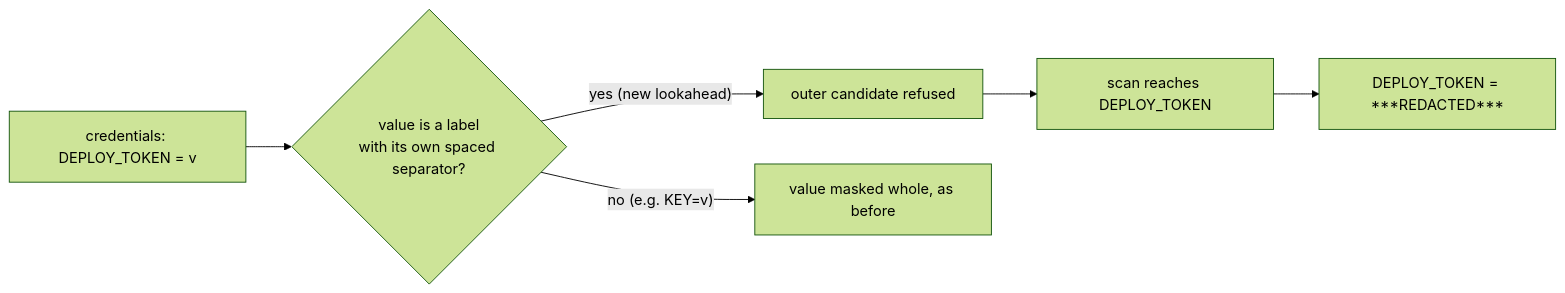
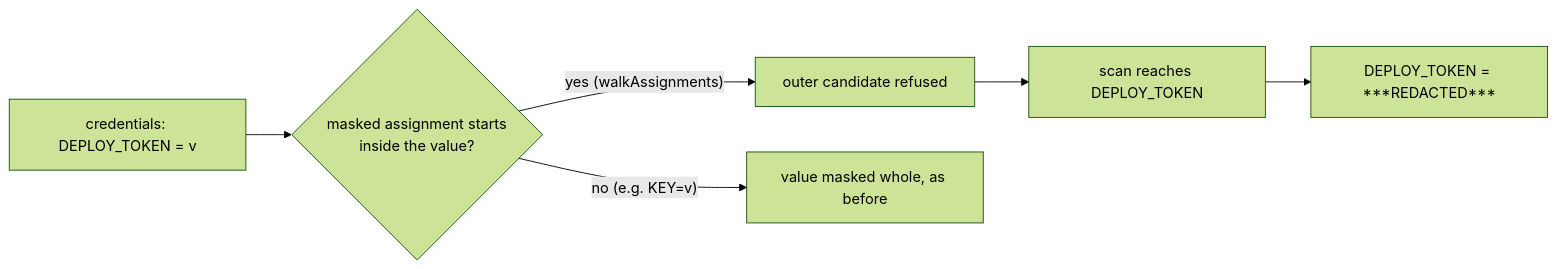
The diagram in docs/archive/pr-summaries/pr-summary-5310.md (stSoftwareAU/VibeCoder), drawn with Mermaid (forest theme) before and after one commit. The commit also changed other lines of this file and 3 other files, not shown here.

First line of the commit message:
Decide inner-label refusal where the value is judged (Issue #5310)

````diff
--- a/docs/archive/pr-summaries/pr-summary-5310.md
+++ b/docs/archive/pr-summaries/pr-summary-5310.md
@@ -60,8 +61,8 @@
 ```mermaid
 flowchart LR
-    A["credentials: DEPLOY_TOKEN = v"] --> B{"value is a label<br/>with its own spaced separator?"}
-    B -->|"yes (new lookahead)"| C["outer candidate refused"]
+    A["credentials: DEPLOY_TOKEN = v"] --> B{"masked assignment starts<br/>inside the value?"}
+    B -->|"yes (walkAssignments)"| C["outer candidate refused"]
     C --> D["scan reaches DEPLOY_TOKEN"]
     D --> E["DEPLOY_TOKEN = ***REDACTED***"]
     B -->|"no (e.g. KEY=v)"| F["value masked whole, as before"]
 ```
````
